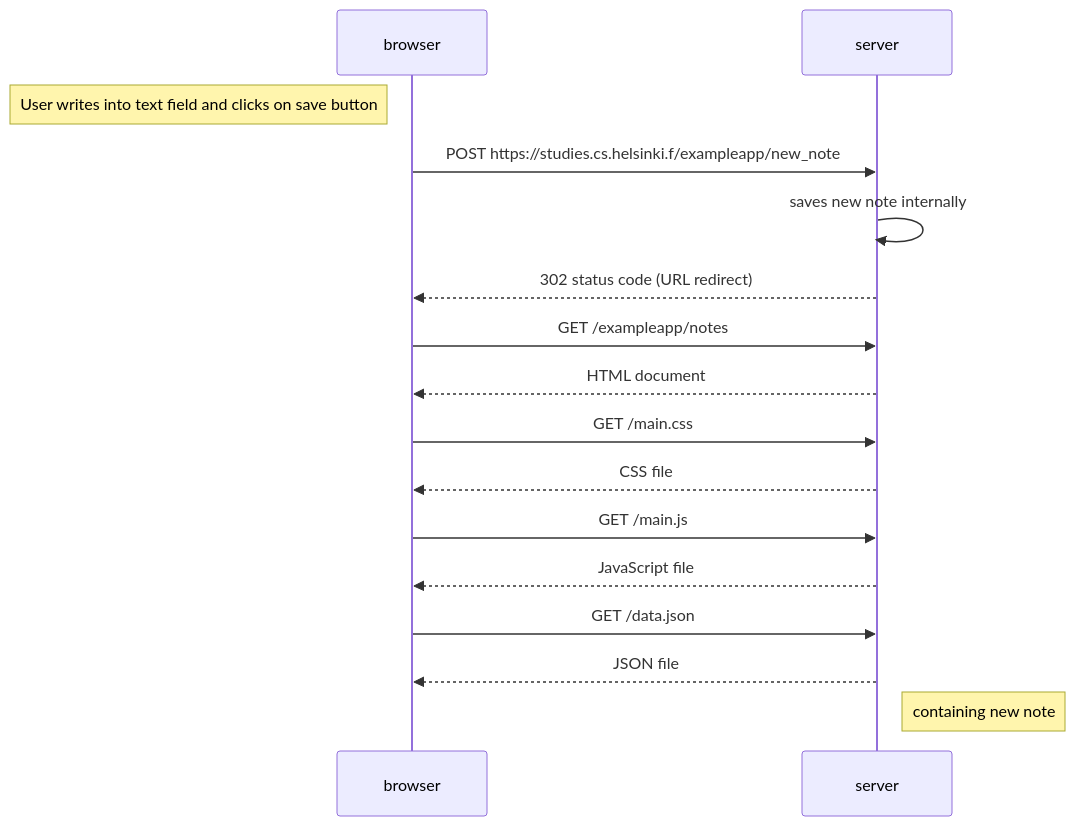
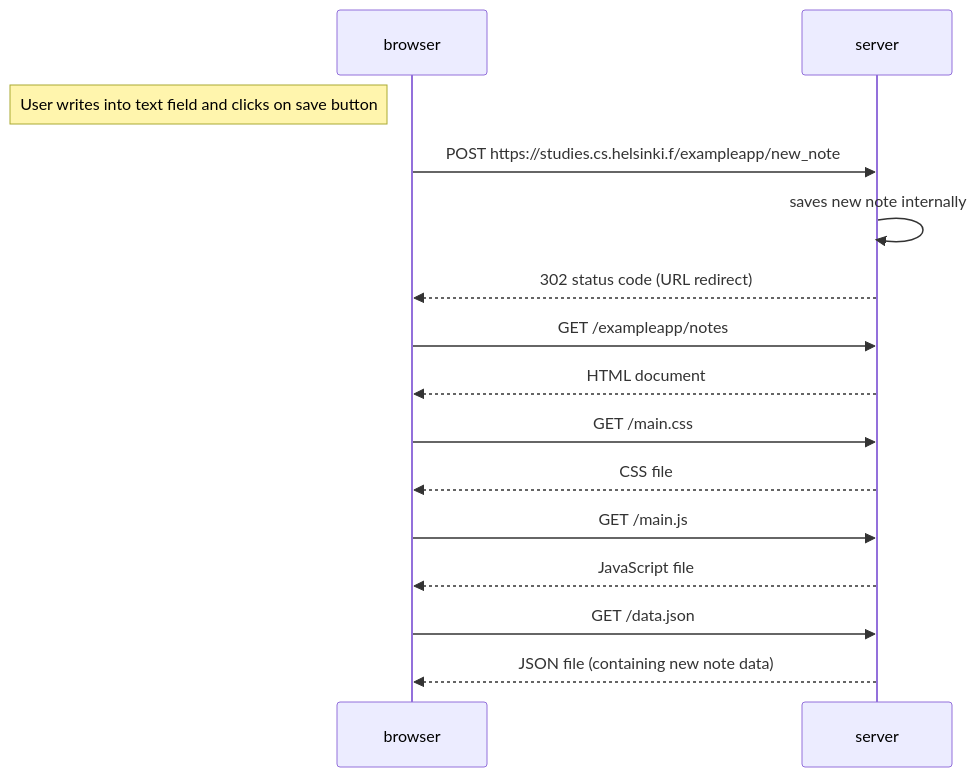
The diagram in part0/ex04/newNodeDiagram.md (Nipsu24/fullstack_open), drawn with Mermaid before and after one commit.

Commit message:
changed JSON file description

````diff
--- a/part0/ex04/newNodeDiagram.md
+++ b/part0/ex04/newNodeDiagram.md
@@ -1,23 +1,22 @@
 ```mermaid
 sequenceDiagram
     participant browser
     participant server
 
     Note left of browser: User writes into text field and clicks on save button
     browser->>server: POST https://studies.cs.helsinki.f/exampleapp/new_note
     server->>server: saves new note internally
     server-->>browser: 302 status code (URL redirect)
 
     browser->>server: GET /exampleapp/notes
     server-->>browser: HTML document
 
     browser->>server: GET /main.css
     server-->>browser: CSS file
 
     browser->>server: GET /main.js
     server-->>browser: JavaScript file
 
     browser->>server: GET /data.json
-    server-->>browser: JSON file
-    Note right of server: containing new note
+    server-->>browser: JSON file (containing new note data)
 ```
````
